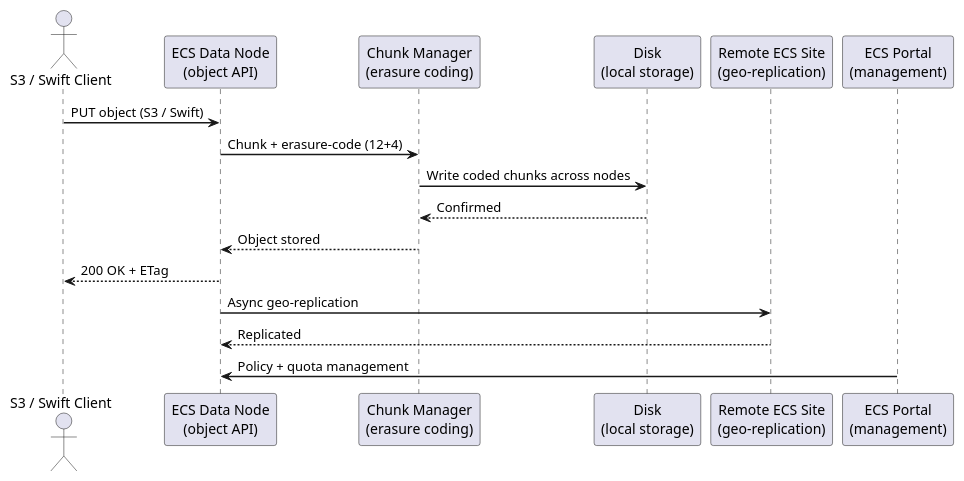
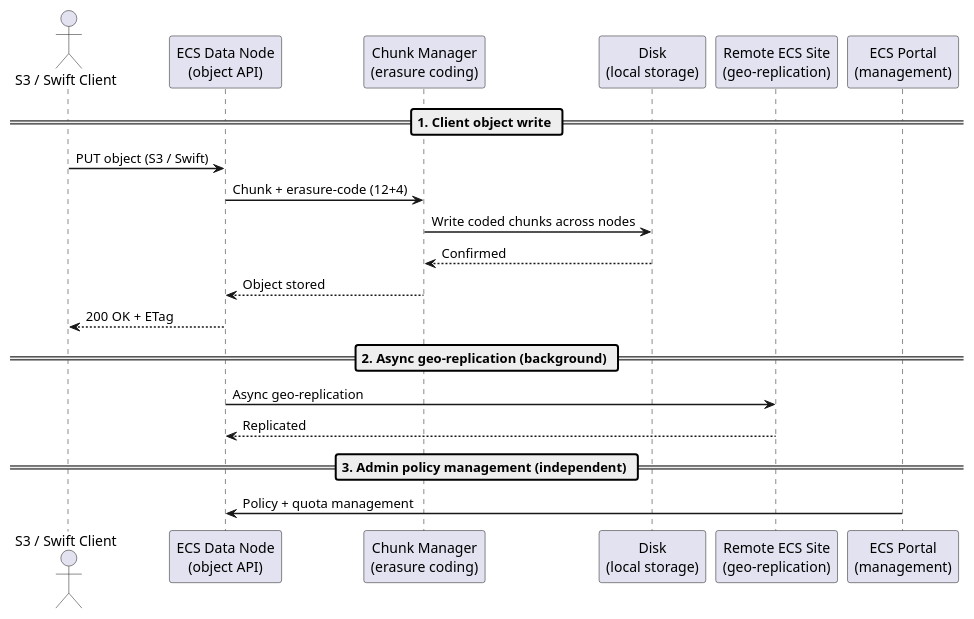
The first of 2 diagrams in docs/storage/products/dell/ecs/architecture/how-it-works.md (canast01/chris-kb), drawn with PlantUML before and after one commit. The commit also changed 14 other files, not shown here.

First line of the commit message:
Add phase dividers to PlantUML sequence diagrams mixing unrelated flows; fix PowerMax escalation box-vs-footer overlap

````diff
--- a/docs/storage/products/dell/ecs/architecture/how-it-works.md
+++ b/docs/storage/products/dell/ecs/architecture/how-it-works.md
@@ -16,25 +16,28 @@
 ```plantuml
 @startuml
 skinparam sequenceArrowThickness 1.5
 skinparam roundcorner 5
 
 actor "S3 / Swift Client" as CLT
 participant "ECS Data Node\n(object API)" as DN
 participant "Chunk Manager\n(erasure coding)" as CM
 participant "Disk\n(local storage)" as DISK
 participant "Remote ECS Site\n(geo-replication)" as REMOTE
 participant "ECS Portal\n(management)" as MGR
 
+== 1. Client object write ==
 CLT -> DN: PUT object (S3 / Swift)
 DN -> CM: Chunk + erasure-code (12+4)
 CM -> DISK: Write coded chunks across nodes
 DISK --> CM: Confirmed
 CM --> DN: Object stored
 DN --> CLT: 200 OK + ETag
 
+== 2. Async geo-replication (background) ==
 DN -> REMOTE: Async geo-replication
 REMOTE --> DN: Replicated
 
+== 3. Admin policy management (independent) ==
 MGR -> DN: Policy + quota management
 @enduml
 ```
````
